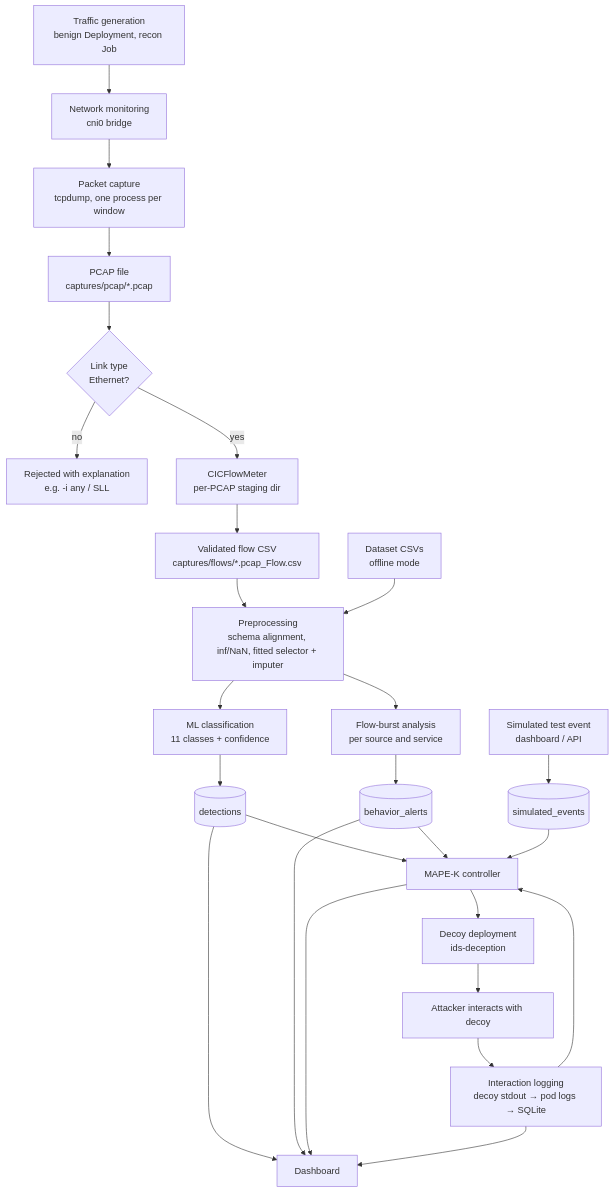
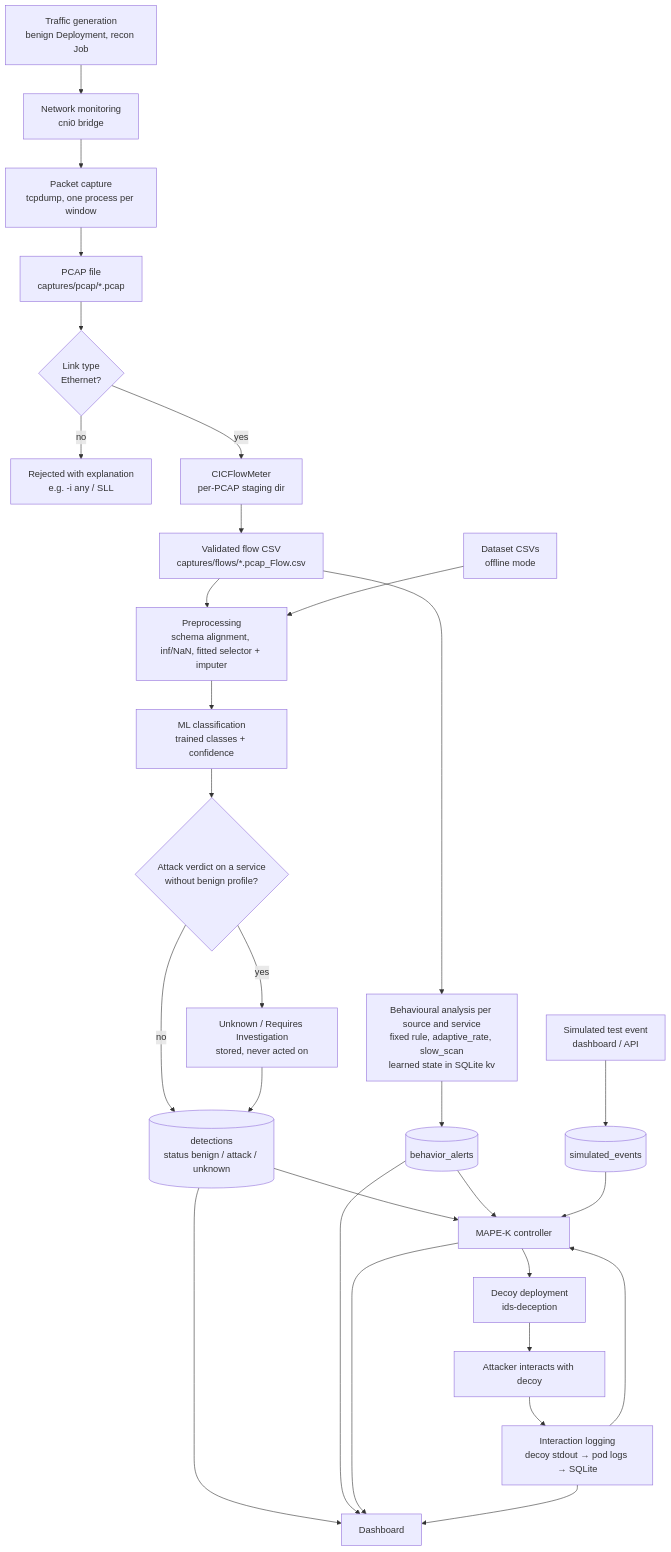
The second of 3 diagrams in docs/architecture.md (BharatRaj2005/k8s-adaptive-ids), drawn with Mermaid before and after one commit. The commit also changed other lines of this file and 32 other files, not shown here.

````diff
--- a/docs/architecture.md
+++ b/docs/architecture.md
@@ -65,23 +66,26 @@
 ```mermaid
 flowchart TD
     A[Traffic generation<br/>benign Deployment, recon Job] --> B[Network monitoring<br/>cni0 bridge]
     B --> C[Packet capture<br/>tcpdump, one process per window]
     C --> D[PCAP file<br/>captures/pcap/*.pcap]
     D --> E{Link type<br/>Ethernet?}
     E -- no --> X[Rejected with explanation<br/>e.g. -i any / SLL]
     E -- yes --> F[CICFlowMeter<br/>per-PCAP staging dir]
     F --> G[Validated flow CSV<br/>captures/flows/*.pcap_Flow.csv]
     G --> H[Preprocessing<br/>schema alignment, inf/NaN, fitted selector + imputer]
-    H --> I[ML classification<br/>11 classes + confidence]
-    H --> J[Flow-burst analysis<br/>per source and service]
-    I --> K[(detections)]
+    H --> I[ML classification<br/>trained classes + confidence]
+    I --> U{Attack verdict on a service<br/>without benign profile?}
+    U -- yes --> UK[Unknown / Requires Investigation<br/>stored, never acted on]
+    U -- no --> K[(detections<br/>status benign / attack / unknown)]
+    UK --> K
+    G --> J[Behavioural analysis per source and service<br/>fixed rule, adaptive_rate, slow_scan<br/>learned state in SQLite kv]
     J --> L[(behavior_alerts)]
     S[Simulated test event<br/>dashboard / API] --> M[(simulated_events)]
     K & L & M --> N[MAPE-K controller]
     N --> O[Decoy deployment<br/>ids-deception]
     O --> P[Attacker interacts with decoy]
     P --> Q[Interaction logging<br/>decoy stdout → pod logs → SQLite]
     Q --> N
     K & L & N & Q --> R[Dashboard]
     DS[Dataset CSVs<br/>offline mode] --> H
 ```
````
